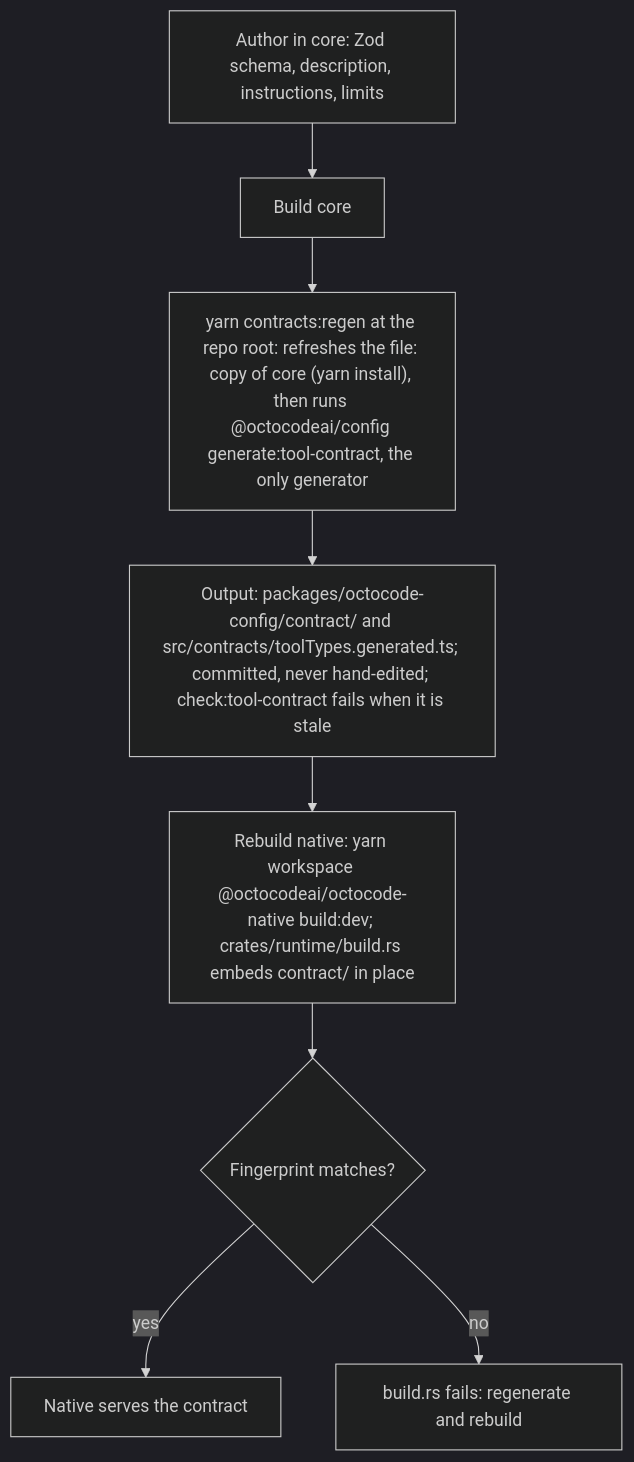
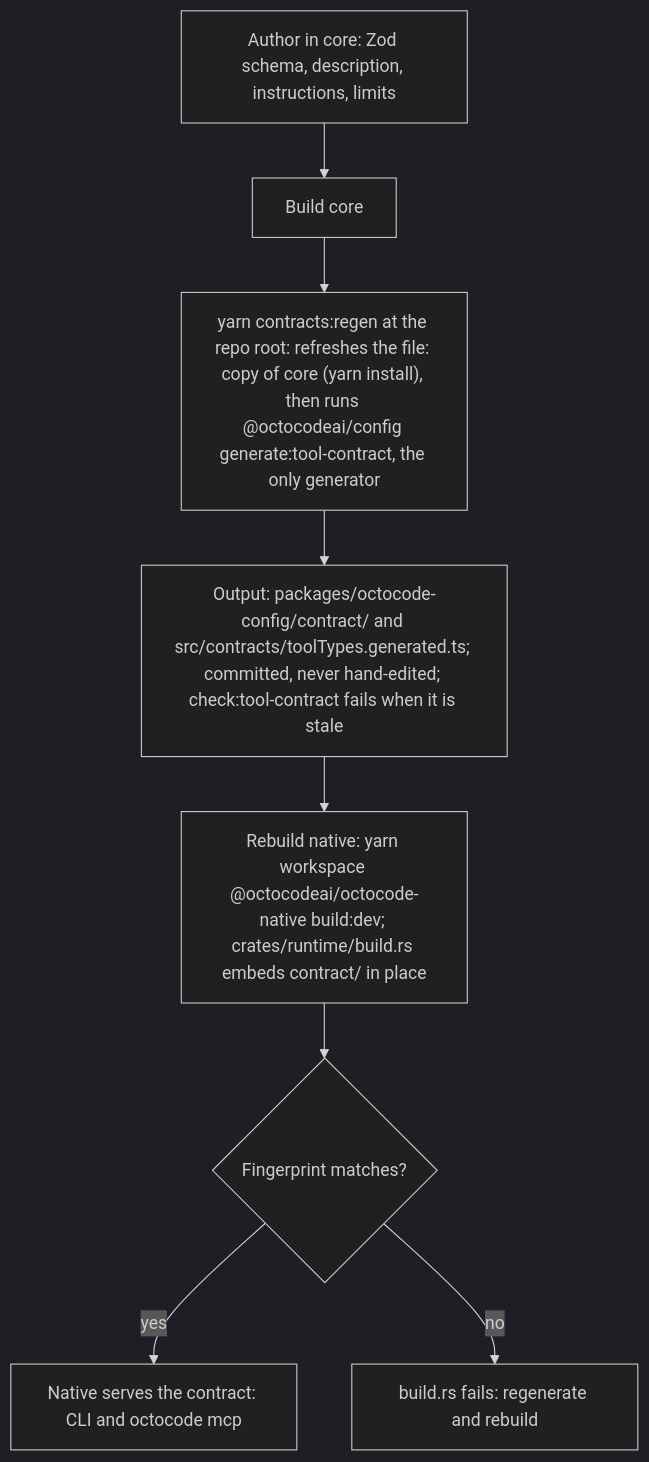
The diagram in skills-dev/octocode-dev/docs/DEVELOPMENT.md (bgauryy/octocode), drawn with Mermaid (dark theme) before and after one commit. The commit also changed other lines of this file and 678 other files, not shown here.

````diff
--- a/skills-dev/octocode-dev/docs/DEVELOPMENT.md
+++ b/skills-dev/octocode-dev/docs/DEVELOPMENT.md
@@ -62,10 +62,10 @@
 ```mermaid
 flowchart TD
   A["Author in core: Zod schema, description, instructions, limits"] --> B[Build core]
   B --> C["yarn contracts:regen at the repo root: refreshes the file: copy of core (yarn install), then runs @octocodeai/config generate:tool-contract, the only generator"]
   C --> D["Output: packages/octocode-config/contract/ and src/contracts/toolTypes.generated.ts; committed, never hand-edited; check:tool-contract fails when it is stale"]
   D --> E["Rebuild native: yarn workspace @octocodeai/octocode-native build:dev; crates/runtime/build.rs embeds contract/ in place"]
   E --> F{Fingerprint matches?}
-  F -- yes --> G[Native serves the contract]
+  F -- yes --> G["Native serves the contract: CLI and octocode mcp"]
   F -- no --> H[build.rs fails: regenerate and rebuild]
 ```
````
